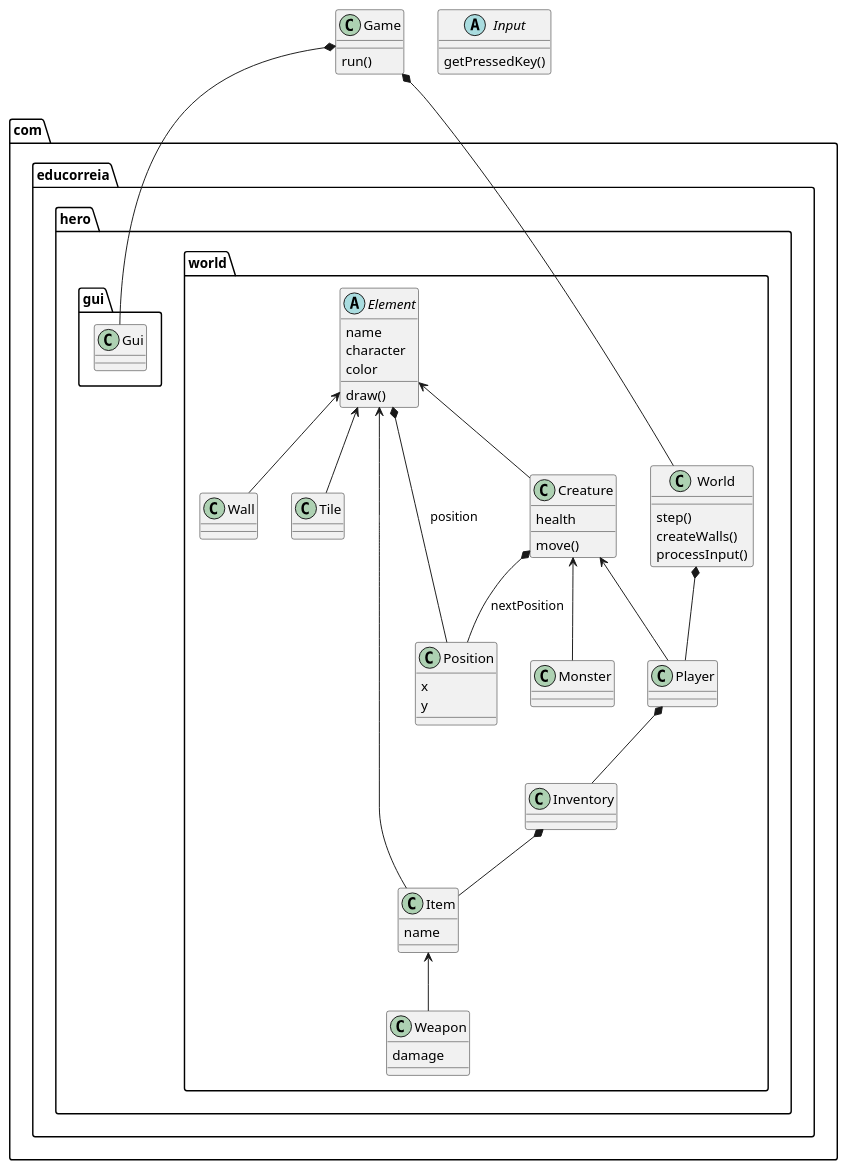
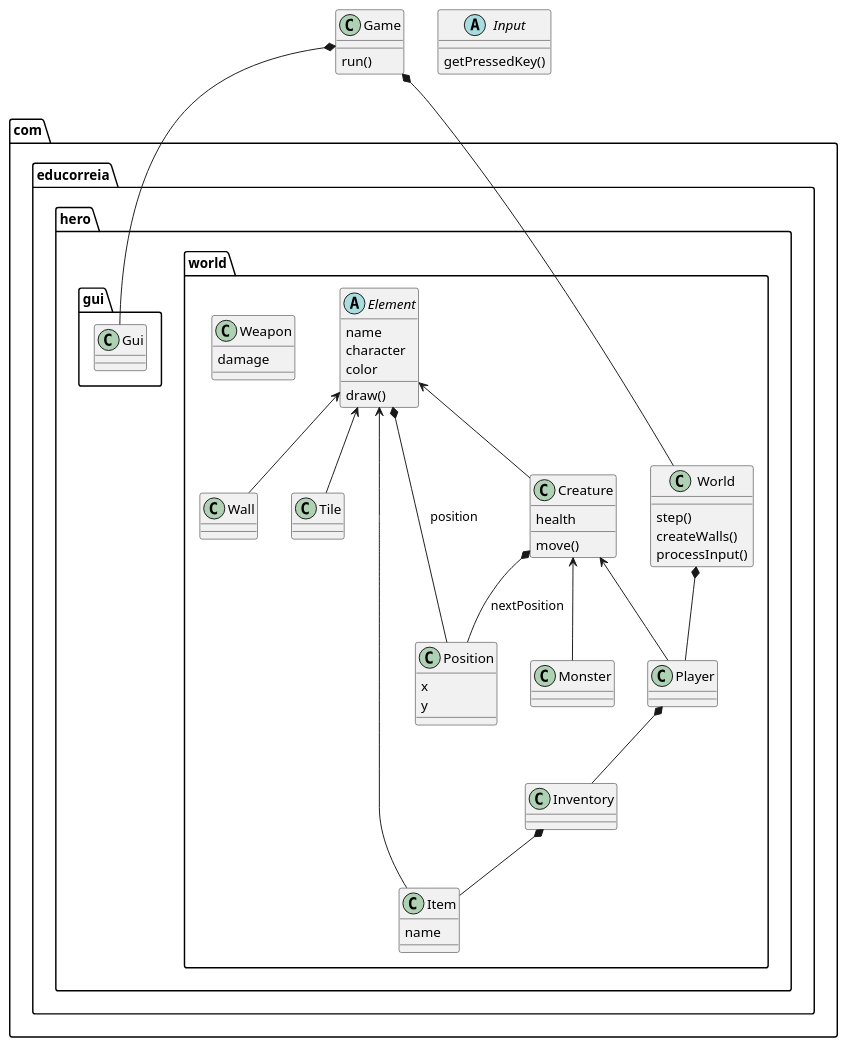
The diagram in uml.puml (Educorreia932/FEUP-LPOO), drawn with PlantUML before and after one commit. The commit also changed 8 other files, not shown here.

```diff
--- a/uml.puml
+++ b/uml.puml
@@ -1,72 +1,70 @@
 @startuml hero
 
 class Game {
     run()
 }
 
 abstract class Input {
     getPressedKey()
 }
 
 package com.educorreia.hero.world {
     class World {
         step()
         createWalls()
         processInput()
     }
 
     class Position {
         x
         y
     }
 
     abstract class Element {
         name
         character
         color
 
         draw()
     }
 
     class Creature {
         health
         
         move()
     }
 
     class Weapon {
         damage
     }
 
     class Item {
         name
     }
 
     Creature <-- Player
     Creature <-- Monster
     Creature *-- Position : nextPosition
 
     World *-- Player
 
     Element <-- Creature
     Element <-- Item
     Element <-- Wall
     Element <-- Tile
 
     Element *-- Position : position
 
     Player *-- Inventory
 
     Inventory *-- Item
-
-    Item <-- Weapon
 }
 
 package com.educorreia.hero.gui {
     class Gui
 }
 
 Game *-- Gui
 Game *-- World
 
 @enduml
```
